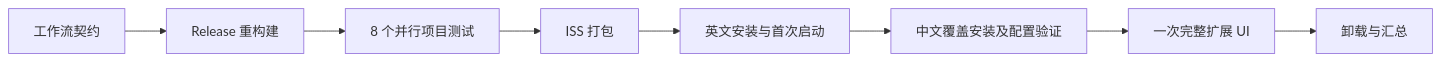
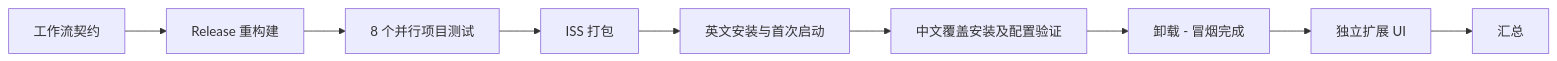
The diagram in test/README.zh-CN.md (PaperHammer/VirtualPaper), drawn with Mermaid before and after one commit. The commit also changed other lines of this file and 14 other files, not shown here.

````diff
--- a/test/README.zh-CN.md
+++ b/test/README.zh-CN.md
@@ -58,10 +58,11 @@
 ```mermaid
 flowchart LR
     A[工作流契约] --> B[Release 重构建]
     B --> C[8 个并行项目测试]
     C --> D[ISS 打包]
     D --> E[英文安装与首次启动]
     E --> R[中文覆盖安装及配置验证]
-    R --> F[一次完整扩展 UI]
-    F --> G[卸载与汇总]
+    R --> U[卸载 - 冒烟完成]
+    U --> F[独立扩展 UI]
+    F --> G[汇总]
 ```
````
